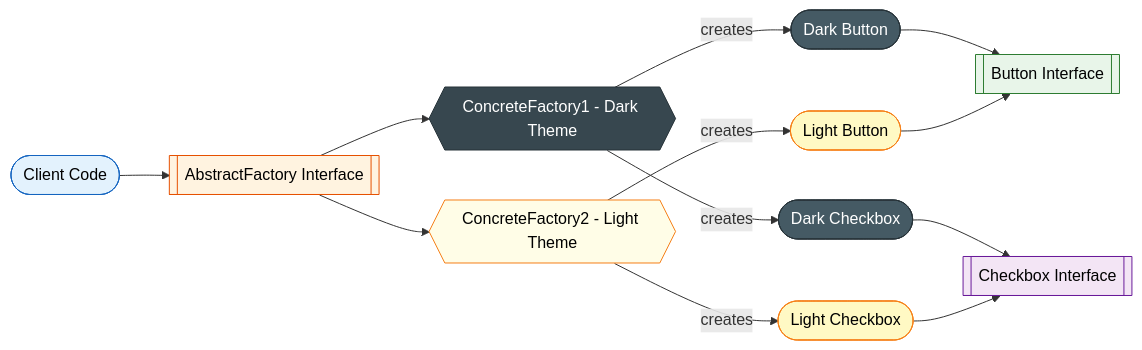
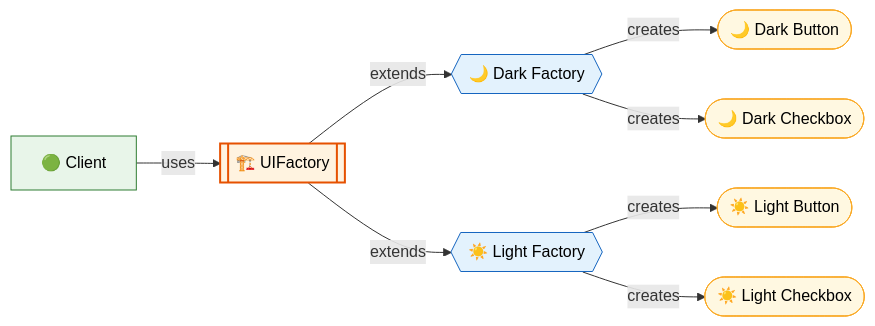
The second of 3 diagrams in docs/designpatterns/creationalDesignPatterns/AbstractFactoryDesignPattern.md (saivamsikaruturi/vamsilabs-dev-notes-main), drawn with Mermaid before and after one commit. The commit also changed other lines of this file and 42 other files, not shown here.

````diff
--- a/docs/designpatterns/creationalDesignPatterns/AbstractFactoryDesignPattern.md
+++ b/docs/designpatterns/creationalDesignPatterns/AbstractFactoryDesignPattern.md
@@ -39,27 +32,19 @@
 ```mermaid
 flowchart LR
-    Client(["Client Code"]) --> AF[["AbstractFactory Interface"]]
-    AF --> CF1{{"ConcreteFactory1 - Dark Theme"}}
-    AF --> CF2{{"ConcreteFactory2 - Light Theme"}}
-    
-    CF1 -->|creates| PA1(["Dark Button"])
-    CF1 -->|creates| PB1(["Dark Checkbox"])
-    CF2 -->|creates| PA2(["Light Button"])
-    CF2 -->|creates| PB2(["Light Checkbox"])
-    
-    PA1 --> IPA[["Button Interface"]]
-    PA2 --> IPA
-    PB1 --> IPB[["Checkbox Interface"]]
-    PB2 --> IPB
+    Client["🟢 Client"] -->|"uses"| AF[["🏗️ UIFactory"]]
+    AF -->|"extends"| CF1{{"🌙 Dark Factory"}}
+    AF -->|"extends"| CF2{{"☀️ Light Factory"}}
+    CF1 -->|"creates"| PA1(["🌙 Dark Button"])
+    CF1 -->|"creates"| PB1(["🌙 Dark Checkbox"])
+    CF2 -->|"creates"| PA2(["☀️ Light Button"])
+    CF2 -->|"creates"| PB2(["☀️ Light Checkbox"])
 
-    style Client fill:#E3F2FD,stroke:#1565C0,color:#000
-    style AF fill:#FFF3E0,stroke:#E65100,color:#000
-    style CF1 fill:#37474F,stroke:#263238,color:#FFF
-    style CF2 fill:#FFFDE7,stroke:#F57F17,color:#000
-    style PA1 fill:#455A64,stroke:#263238,color:#FFF
-    style PB1 fill:#455A64,stroke:#263238,color:#FFF
-    style PA2 fill:#FFF9C4,stroke:#F57F17,color:#000
-    style PB2 fill:#FFF9C4,stroke:#F57F17,color:#000
-    style IPA fill:#E8F5E9,stroke:#2E7D32,color:#000
-    style IPB fill:#F3E5F5,stroke:#6A1B9A,color:#000
+    style Client fill:#E8F5E9,stroke:#2E7D32,color:#000
+    style AF fill:#FFF3E0,stroke:#E65100,stroke-width:2px,color:#000
+    style CF1 fill:#E3F2FD,stroke:#1565C0,color:#000
+    style CF2 fill:#E3F2FD,stroke:#1565C0,color:#000
+    style PA1 fill:#FFF8E1,stroke:#F9A825,color:#000
+    style PB1 fill:#FFF8E1,stroke:#F9A825,color:#000
+    style PA2 fill:#FFF8E1,stroke:#F9A825,color:#000
+    style PB2 fill:#FFF8E1,stroke:#F9A825,color:#000
 ```
````
